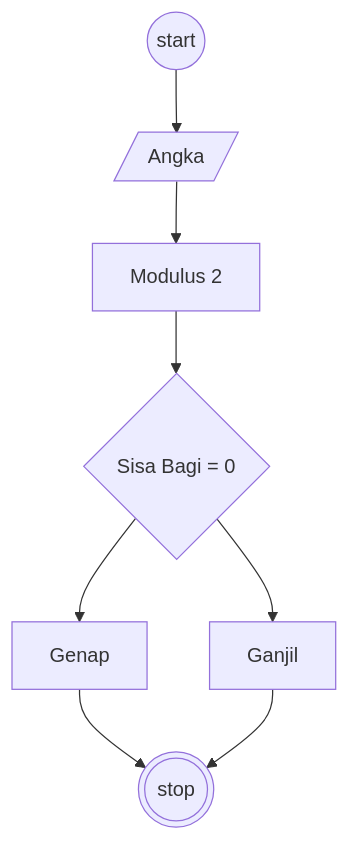
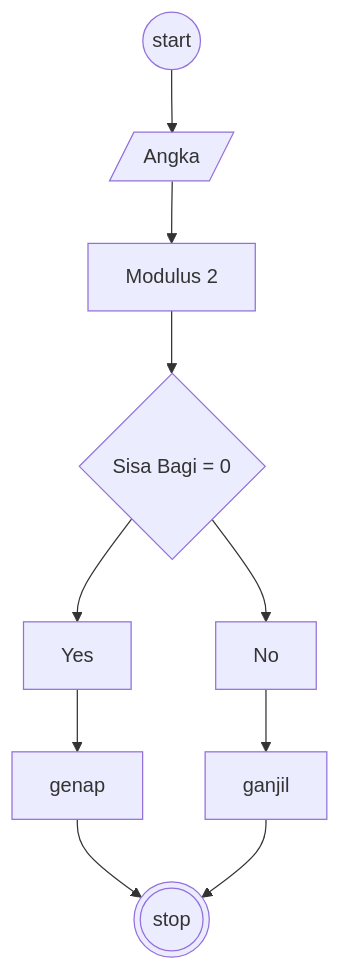
Before and after one commit to dev-Flone/koda-b1-algoritm: the diagram in koda-b1-deskriptif-algoritm-bilangan.md, drawn with Mermaid.

Commit message:
flowchart (fix2)

````diff
--- a/koda-b1-deskriptif-algoritm-bilangan.md
+++ b/koda-b1-deskriptif-algoritm-bilangan.md
@@ -12,8 +12,8 @@
 ``` mermaid
 flowchart TD
-    start((start)) --> angka[/Angka/]--> modulus[Modulus 2] --> Decision{Sisa Bagi = 0} --> Yes[Genap]
-    Decision --> No[Ganjil]
-    Yes --> stop(((stop)))
-    No --> stop
+    start((start)) --> angka[/Angka/]--> modulus[Modulus 2] --> Decision{Sisa Bagi = 0} --> Yes --> genap[genap]
+    Decision --> No --> ganjil[ganjil]
+    genap --> stop(((stop)))
+    ganjil --> stop
     
 ```
````
